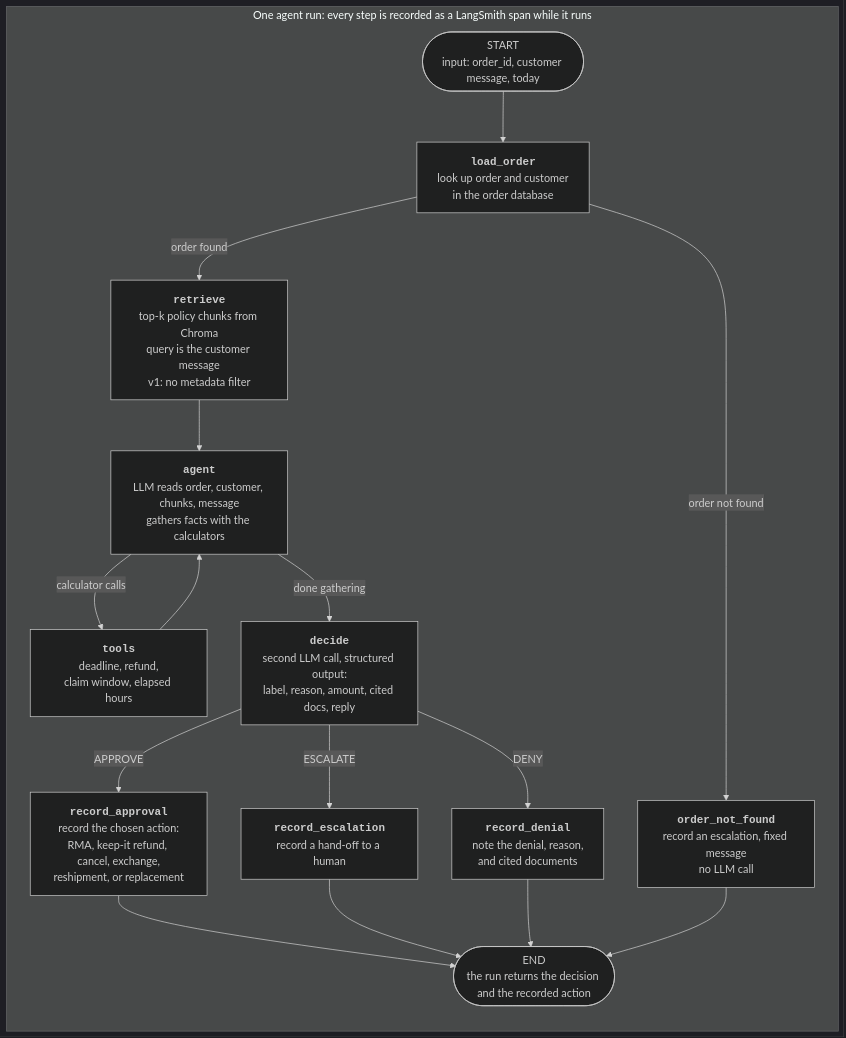
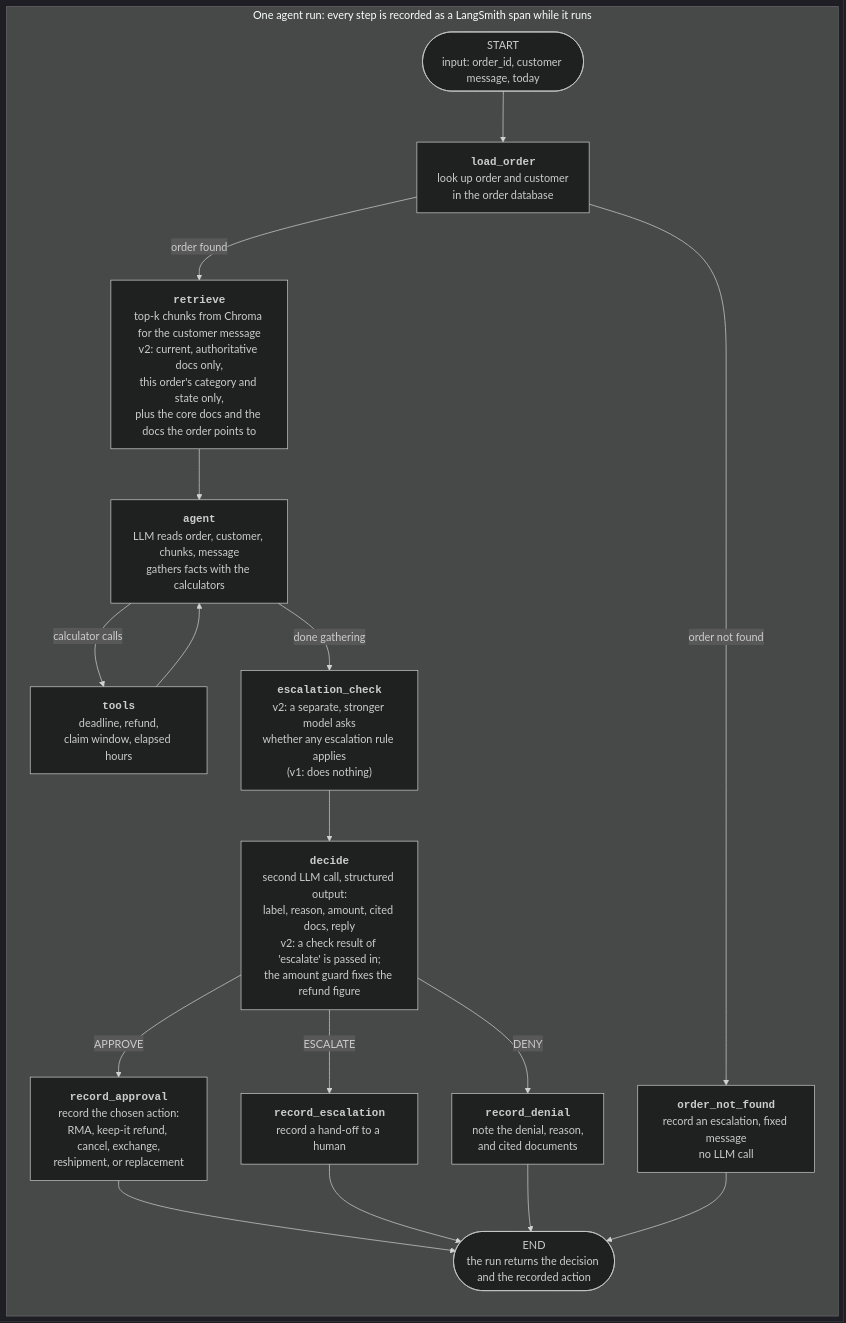
Before and after one commit to gregduda/focused: the diagram in design/agent-run-flow.md, drawn with Mermaid (dark theme). The commit also changed other lines of this file and 7 other files, not shown here.

````diff
--- a/design/agent-run-flow.md
+++ b/design/agent-run-flow.md
@@ -5,21 +5,22 @@
 ```mermaid
 flowchart TD
     subgraph RUN["One agent run: every step is recorded as a LangSmith span while it runs"]
         direction TB
         IN(["START<br/>input: order_id, customer message, today"])
         IN --> LOAD["<b><code>load_order</code></b><br/>look up order and customer<br/>in the order database"]
         LOAD -- "order not found" --> NF["<b><code>order_not_found</code></b><br/>record an escalation, fixed message<br/>no LLM call"]
-        LOAD -- "order found" --> RET["<b><code>retrieve</code></b><br/>top-k policy chunks from Chroma<br/>query is the customer message<br/>v1: no metadata filter"]
+        LOAD -- "order found" --> RET["<b><code>retrieve</code></b><br/>top-k chunks from Chroma for the customer message<br/>v2: current, authoritative docs only,<br/>this order's category and state only,<br/>plus the core docs and the docs the order points to"]
         RET --> AGENT["<b><code>agent</code></b><br/>LLM reads order, customer, chunks, message<br/>gathers facts with the calculators"]
         AGENT -- "calculator calls" --> TOOLS["<b><code>tools</code></b><br/>deadline, refund,<br/>claim window, elapsed hours"]
         TOOLS --> AGENT
-        AGENT -- "done gathering" --> DECIDE["<b><code>decide</code></b><br/>second LLM call, structured output:<br/>label, reason, amount, cited docs, reply"]
+        AGENT -- "done gathering" --> ESCCHK["<b><code>escalation_check</code></b><br/>v2: a separate, stronger model asks<br/>whether any escalation rule applies<br/>(v1: does nothing)"]
+        ESCCHK --> DECIDE["<b><code>decide</code></b><br/>second LLM call, structured output:<br/>label, reason, amount, cited docs, reply<br/>v2: a check result of 'escalate' is passed in;<br/>the amount guard fixes the refund figure"]
         DECIDE -- "APPROVE" --> APP["<b><code>record_approval</code></b><br/>record the chosen action:<br/>RMA, keep-it refund, cancel, exchange,<br/>reshipment, or replacement"]
         DECIDE -- "ESCALATE" --> ESC["<b><code>record_escalation</code></b><br/>record a hand-off to a human"]
         DECIDE -- "DENY" --> DEN["<b><code>record_denial</code></b><br/>note the denial, reason,<br/>and cited documents"]
         APP --> OUT
         ESC --> OUT
         DEN --> OUT
         NF --> OUT(["END<br/>the run returns the decision and the recorded action"])
     end
 ```
````
